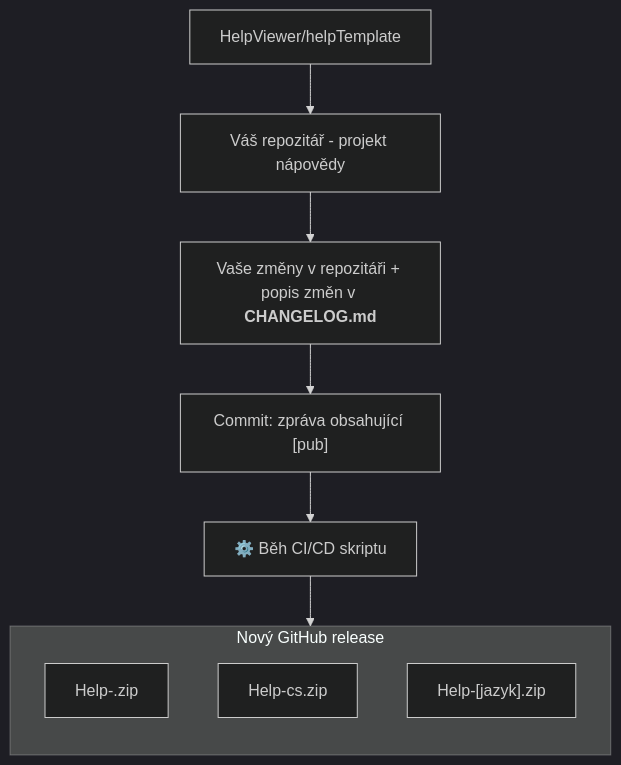
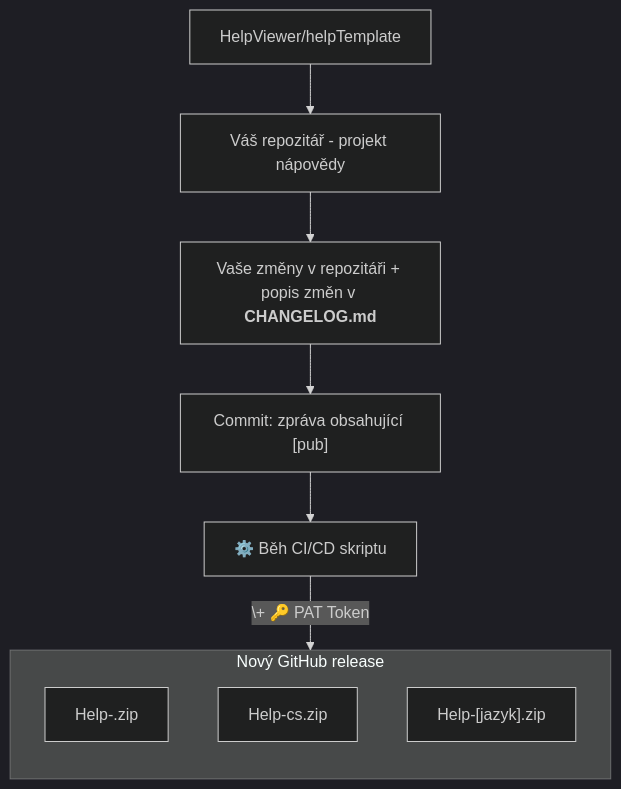
The diagram in cs/newHelp.md (HelpViewer/helpAuthorsGuide), drawn with Mermaid (dark theme) before and after one commit. The commit also changed 1 other file, not shown here.

Commit message:
EN,CZ : newHelp.md : overview process diagram : added mention of PAT token

````diff
--- a/cs/newHelp.md
+++ b/cs/newHelp.md
@@ -15,14 +15,14 @@
 ```mermaid
 graph TD; 
   subgraph outs["Nový GitHub release"]
   direction TB
   H1["Help-.zip"]
   H2["Help-cs.zip"]
   H3["Help-[jazyk].zip"]
   end
   T["HelpViewer/helpTemplate"] --> YP["Váš repozitář - projekt nápovědy"]
   YP --> YPC["Vaše změny v repozitáři + popis změn v <b>CHANGELOG.md</b>"]
   YPC --> CO["Commit: zpráva obsahující [pub]"]
   CO --> CI["⚙️ Běh CI/CD skriptu"]
-  CI --> outs
+  CI -->|\+ 🔑 PAT Token| outs
 ```
````
